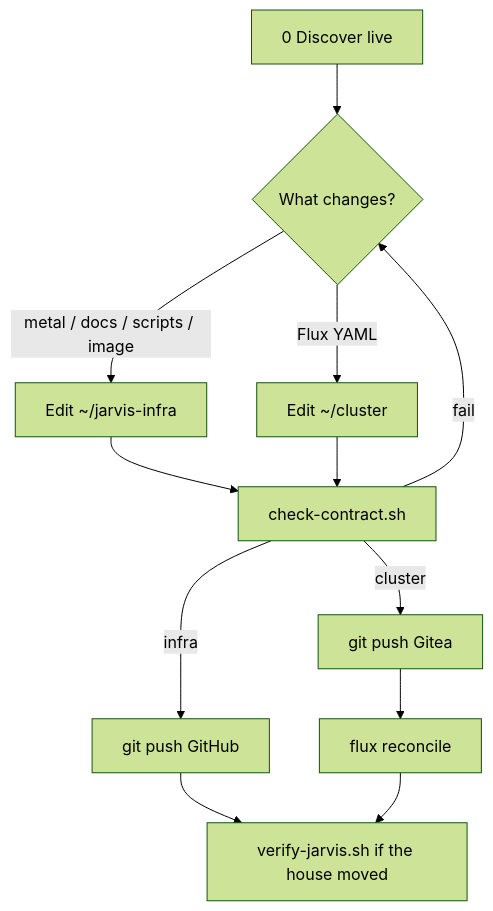
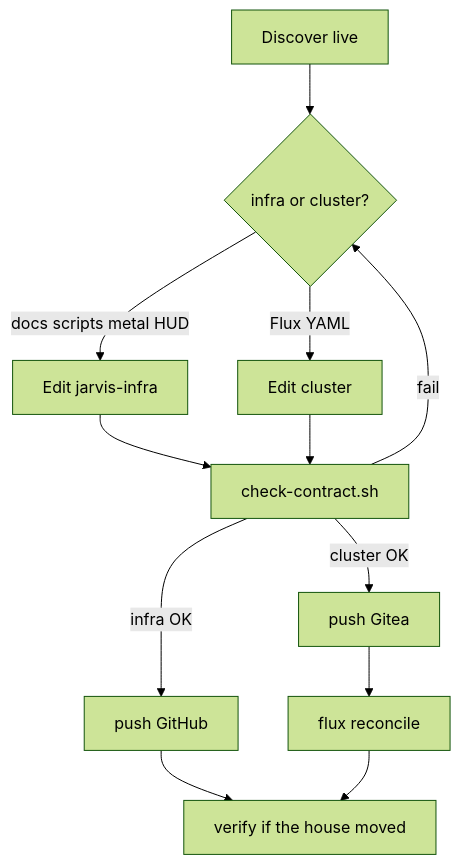
One commit to gordoncooper/jarvis-infra changed the third of 5 diagrams in docs/DEVOPS.md. Above: the diagram before and after it, drawn with Mermaid (forest theme). The commit also changed other lines of this file, not shown here.

Commit message:
docs: DEVOPS diagrams + day-0 time estimates

````diff
--- a/docs/DEVOPS.md
+++ b/docs/DEVOPS.md
@@ -54,14 +65,14 @@
 ```mermaid
 flowchart TB
-  D[0 Discover live] --> C{What changes?}
-  C -->|metal / docs / scripts / image| I[Edit ~/jarvis-infra]
-  C -->|Flux YAML| Y[Edit ~/cluster]
-  I --> G[check-contract.sh]
-  Y --> G
-  G -->|fail| C
-  G -->|infra| P1[git push GitHub]
-  G -->|cluster| P2[git push Gitea]
-  P2 --> F[flux reconcile]
-  P1 --> V[verify-jarvis.sh if the house moved]
+  D[Discover live] --> Q{infra or cluster?}
+  Q -->|docs scripts metal HUD| I[Edit jarvis-infra]
+  Q -->|Flux YAML| Y[Edit cluster]
+  I --> C[check-contract.sh]
+  Y --> C
+  C -->|fail| Q
+  C -->|infra OK| GH[push GitHub]
+  C -->|cluster OK| L[push Gitea]
+  L --> F[flux reconcile]
+  GH --> V[verify if the house moved]
   F --> V
 ```
````
